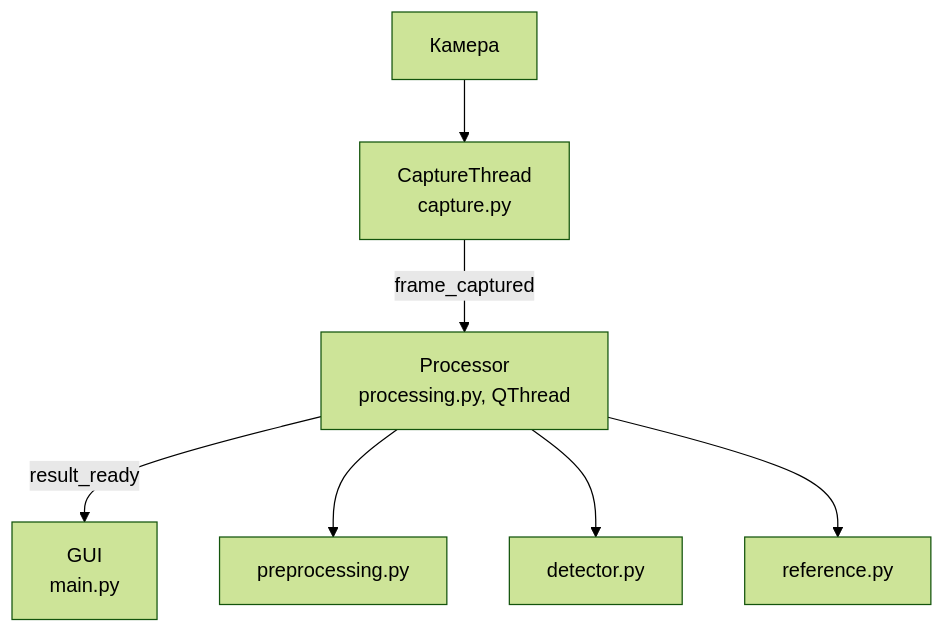
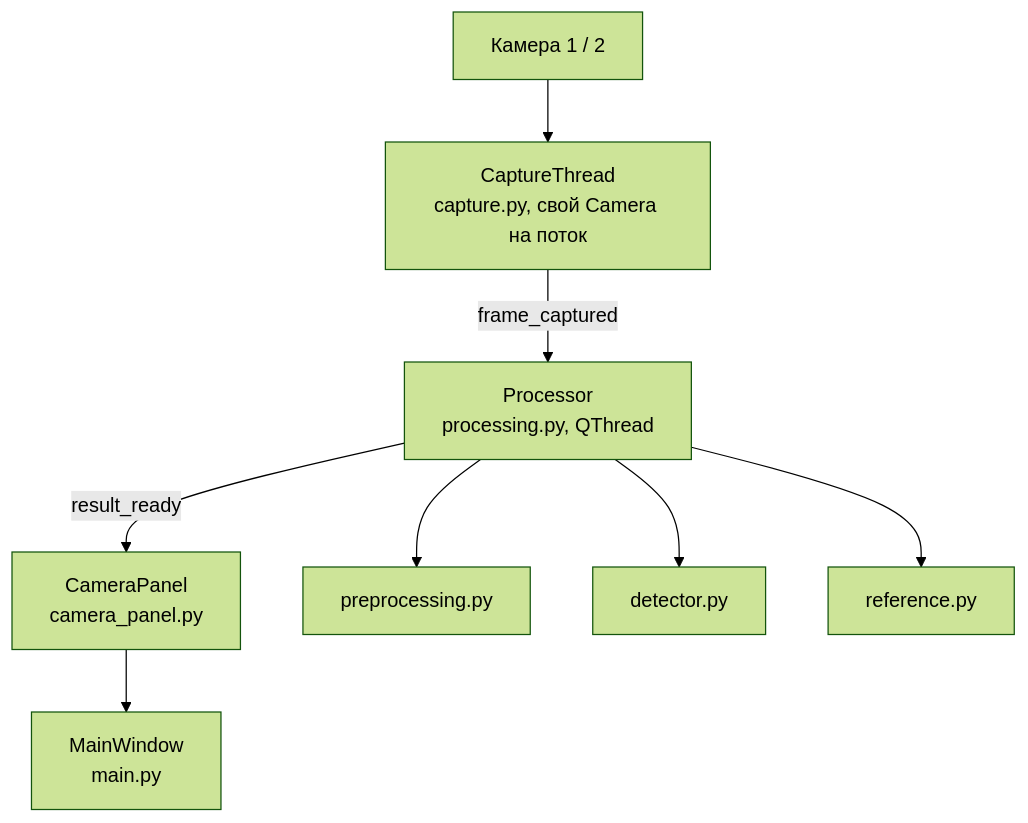
One commit to mikhailSokolovskiy/rpi_vision changed the first of 2 diagrams in README.md. Above: the diagram before and after it, drawn with Mermaid (forest theme). The commit also changed other lines of this file and 16 other files, not shown here.

````diff
--- a/README.md
+++ b/README.md
@@ -8,9 +13,10 @@
 ```mermaid
 flowchart TB
-    CAM[Камера] --> CT[CaptureThread<br>capture.py]
+    CAM[Камера 1 / 2] --> CT[CaptureThread<br>capture.py, свой Camera на поток]
     CT -- frame_captured --> P[Processor<br>processing.py, QThread]
-    P -- result_ready --> GUI[GUI<br>main.py]
+    P -- result_ready --> PANEL[CameraPanel<br>camera_panel.py]
     P --> PRE[preprocessing.py]
     P --> DET[detector.py]
     P --> REF[reference.py]
+    PANEL --> GUI[MainWindow<br>main.py]
 ```
````
